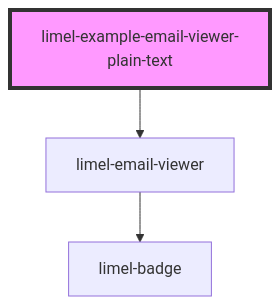
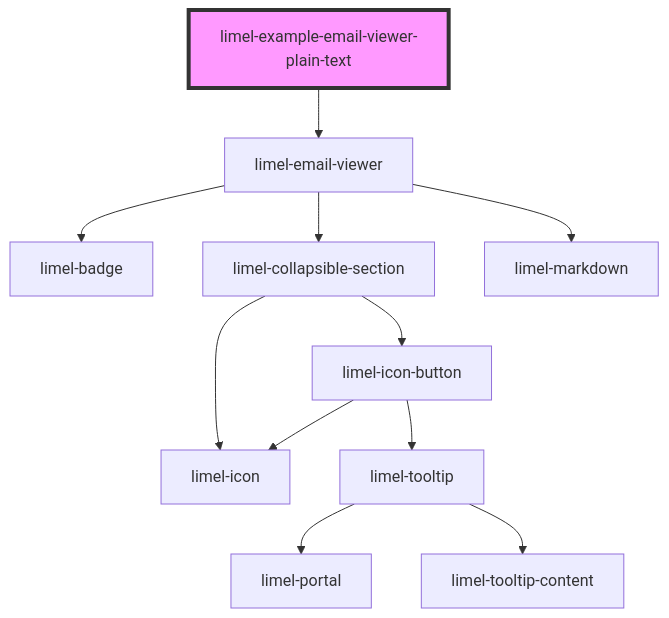
Before and after one commit to Lundalogik/lime-elements: the diagram in versions/PR-3783/markdown-docs/components/email-viewer/examples/readme.md, drawn with Mermaid. The commit also changed 62 other files, not shown here.

````diff
--- a/versions/PR-3783/markdown-docs/components/email-viewer/examples/readme.md
+++ b/versions/PR-3783/markdown-docs/components/email-viewer/examples/readme.md
@@ -33,6 +33,14 @@
 ```mermaid
 graph TD;
   limel-example-email-viewer-plain-text --> limel-email-viewer
   limel-email-viewer --> limel-badge
+  limel-email-viewer --> limel-collapsible-section
+  limel-email-viewer --> limel-markdown
+  limel-collapsible-section --> limel-icon
+  limel-collapsible-section --> limel-icon-button
+  limel-icon-button --> limel-icon
+  limel-icon-button --> limel-tooltip
+  limel-tooltip --> limel-portal
+  limel-tooltip --> limel-tooltip-content
   style limel-example-email-viewer-plain-text fill:#f9f,stroke:#333,stroke-width:4px
 ```
````
